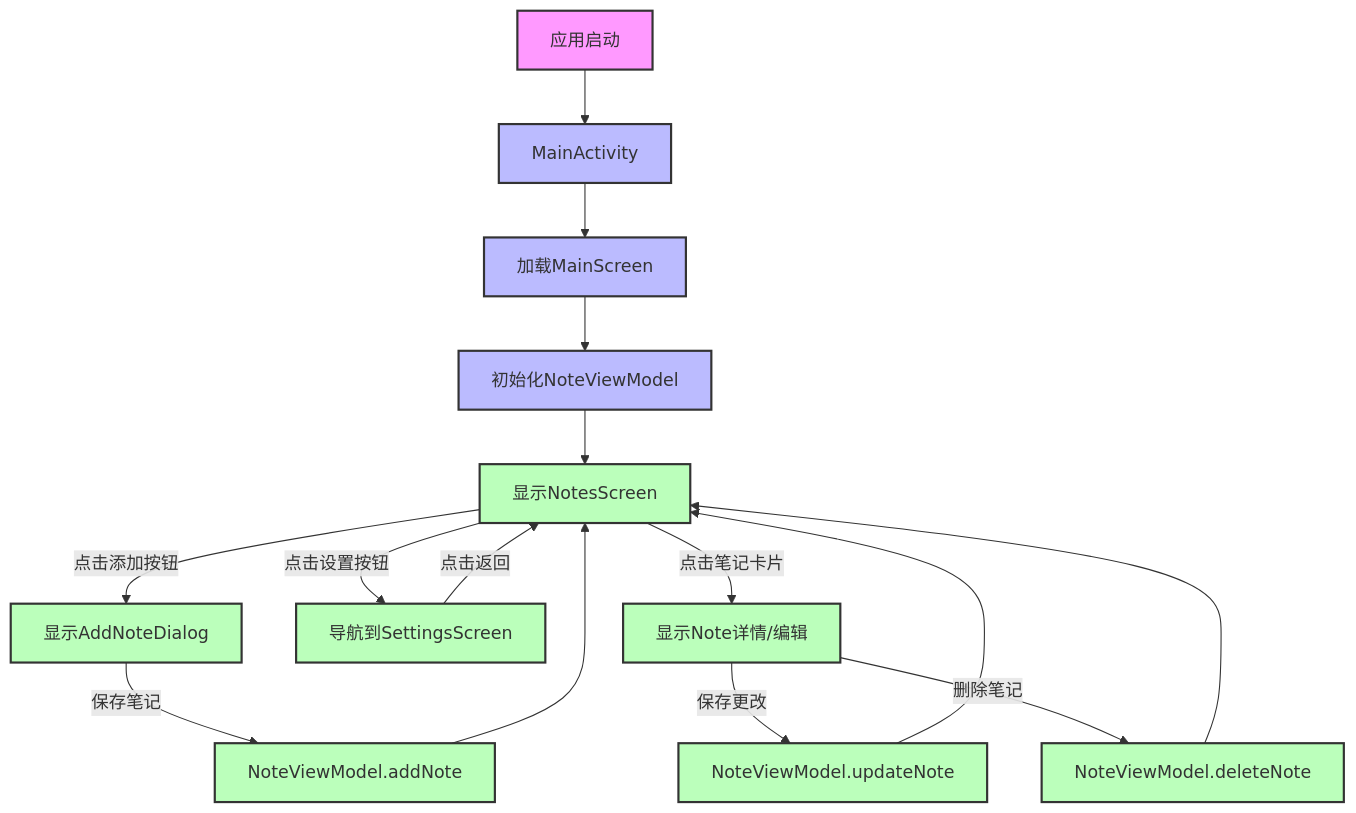
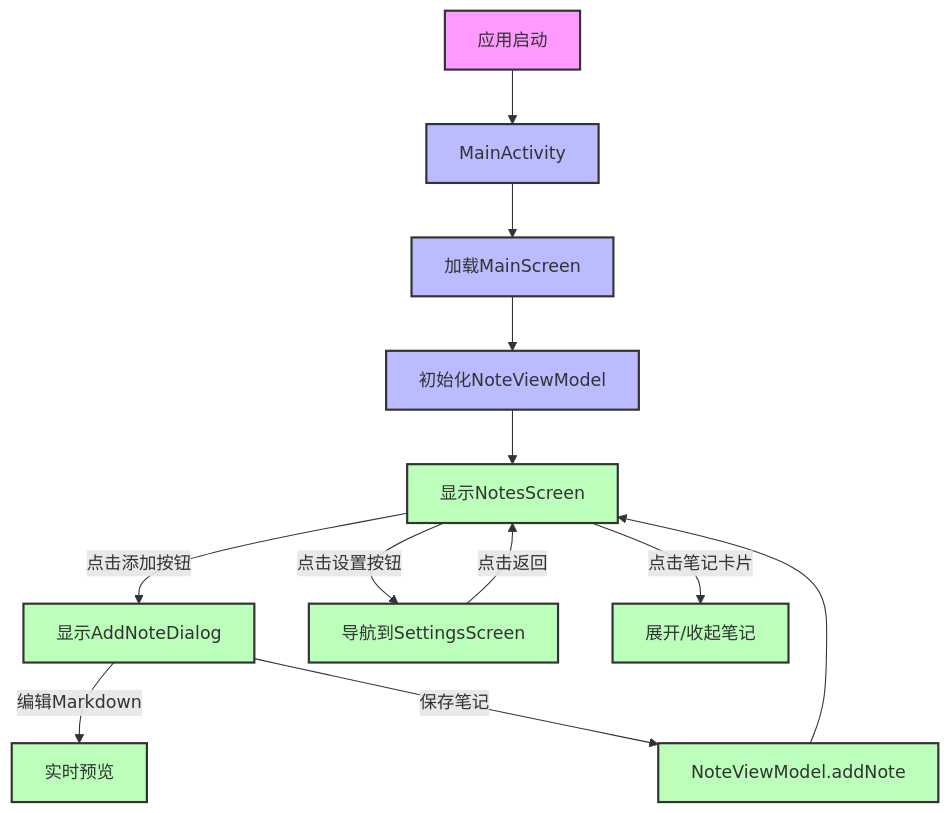
One commit to lyh0009/Journey changed the second of 2 diagrams in README.md. Above: the diagram before and after it, drawn with Mermaid. The commit also changed other lines of this file and 8 other files, not shown here.

````diff
--- a/README.md
+++ b/README.md
@@ -125,33 +178,28 @@
 ```mermaid
 flowchart TD
     A[应用启动] --> B[MainActivity]
     B --> C[加载MainScreen]
     C --> D[初始化NoteViewModel]
     D --> E[显示NotesScreen]
     
     E -->|点击添加按钮| F[显示AddNoteDialog]
+    F -->|编辑Markdown| F1[实时预览]
     F -->|保存笔记| G[NoteViewModel.addNote]
     G --> E
     
     E -->|点击设置按钮| H[导航到SettingsScreen]
     H -->|点击返回| E
     
-    E -->|点击笔记卡片| I[显示Note详情/编辑]
-    I -->|保存更改| J[NoteViewModel.updateNote]
-    J --> E
-    
-    I -->|删除笔记| K[NoteViewModel.deleteNote]
-    K --> E
+    E -->|点击笔记卡片| I[展开/收起笔记]
     
     style A fill:#f9f,stroke:#333,stroke-width:2px
     style B fill:#bbf,stroke:#333,stroke-width:2px
     style C fill:#bbf,stroke:#333,stroke-width:2px
     style D fill:#bbf,stroke:#333,stroke-width:2px
     style E fill:#bfb,stroke:#333,stroke-width:2px
     style F fill:#bfb,stroke:#333,stroke-width:2px
+    style F1 fill:#bfb,stroke:#333,stroke-width:2px
     style G fill:#bfb,stroke:#333,stroke-width:2px
     style H fill:#bfb,stroke:#333,stroke-width:2px
     style I fill:#bfb,stroke:#333,stroke-width:2px
-    style J fill:#bfb,stroke:#333,stroke-width:2px
-    style K fill:#bfb,stroke:#333,stroke-width:2px
 ```
````
